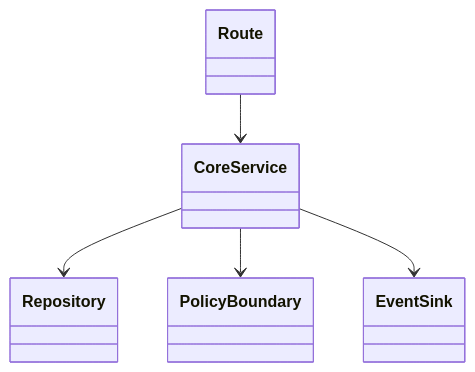
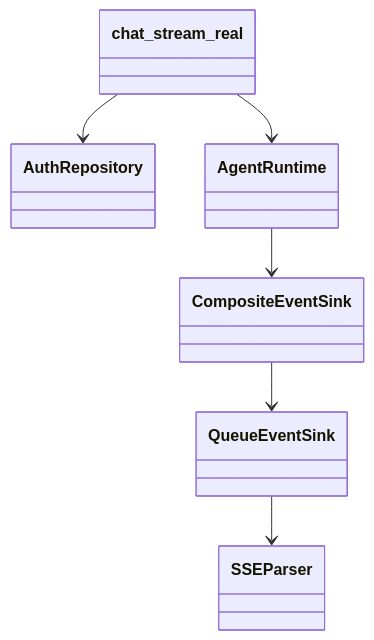
The fourth of 5 diagrams in docs/course/modules/13-auth-ui-observability/README.md (levalencia/archon), drawn with Mermaid before and after one commit. The commit also changed other lines of this file and 22 other files, not shown here.

Commit message:
docs: correct advanced course architecture and claims

````diff
--- a/docs/course/modules/13-auth-ui-observability/README.md
+++ b/docs/course/modules/13-auth-ui-observability/README.md
@@ -122,12 +123,14 @@
 ```mermaid
 classDiagram
-  class Route
-  class CoreService
-  class Repository
-  class PolicyBoundary
-  class EventSink
-  Route --> CoreService
-  CoreService --> Repository
-  CoreService --> PolicyBoundary
-  CoreService --> EventSink
+  class AuthRepository
+  class chat_stream_real
+  class AgentRuntime
+  class CompositeEventSink
+  class QueueEventSink
+  class SSEParser
+  chat_stream_real --> AuthRepository
+  chat_stream_real --> AgentRuntime
+  AgentRuntime --> CompositeEventSink
+  CompositeEventSink --> QueueEventSink
+  QueueEventSink --> SSEParser
 ```
````
